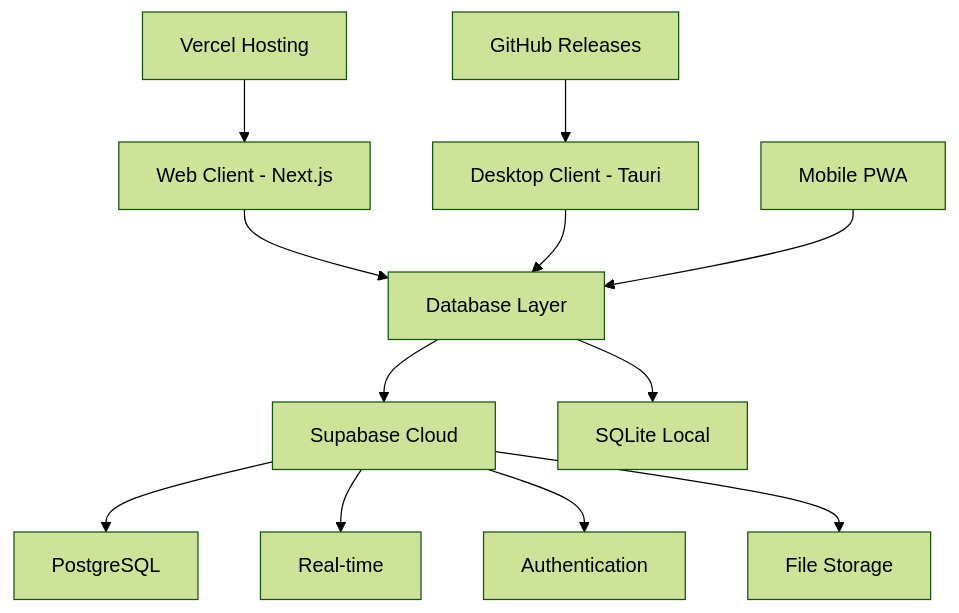
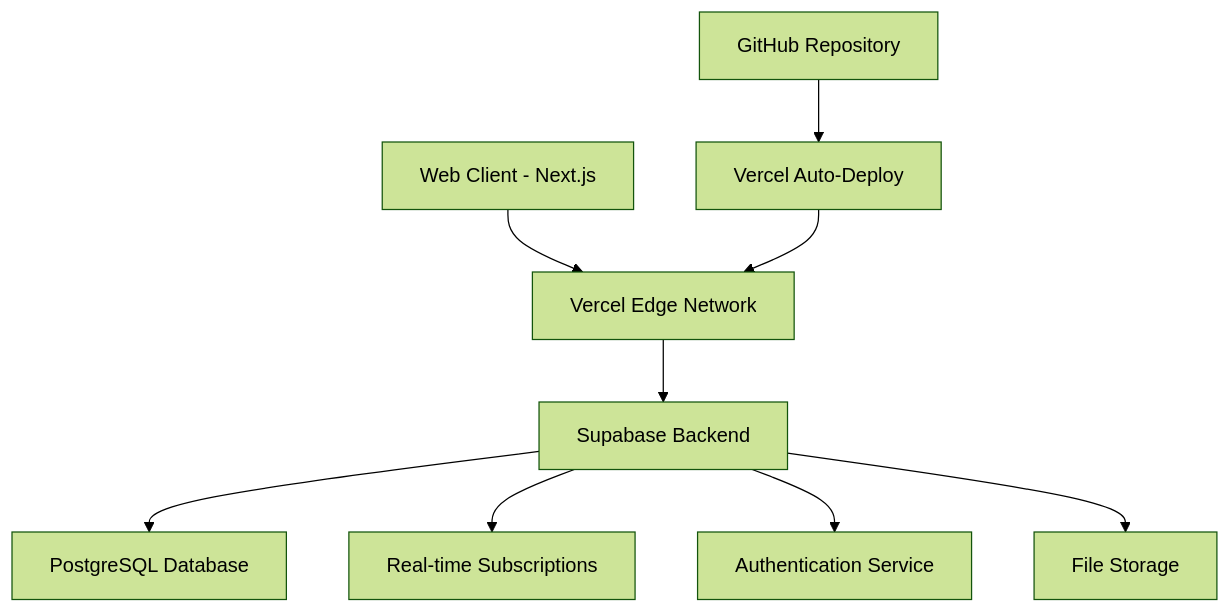
Before and after one commit to refatwashere/EduConnect: the diagram in README.md, drawn with Mermaid (forest theme). The commit also changed other lines of this file and 8 other files, not shown here.

Commit message:
fix: remove SQLite dependencies, use Supabase only

````diff
--- a/README.md
+++ b/README.md
@@ -107,17 +64,13 @@
 ```mermaid
 graph TB
-    A[Web Client - Next.js] --> D[Database Layer]
-    B[Desktop Client - Tauri] --> D
-    C[Mobile PWA] --> D
+    A[Web Client - Next.js] --> B[Vercel Edge Network]
+    B --> C[Supabase Backend]
     
-    D --> E[Supabase Cloud]
-    D --> F[SQLite Local]
+    C --> D[PostgreSQL Database]
+    C --> E[Real-time Subscriptions]
+    C --> F[Authentication Service]
+    C --> G[File Storage]
     
-    E --> G[PostgreSQL]
-    E --> H[Real-time]
-    E --> I[Authentication]
-    E --> J[File Storage]
-    
-    K[Vercel Hosting] --> A
-    L[GitHub Releases] --> B
+    H[GitHub Repository] --> I[Vercel Auto-Deploy]
+    I --> B
 ```
````
